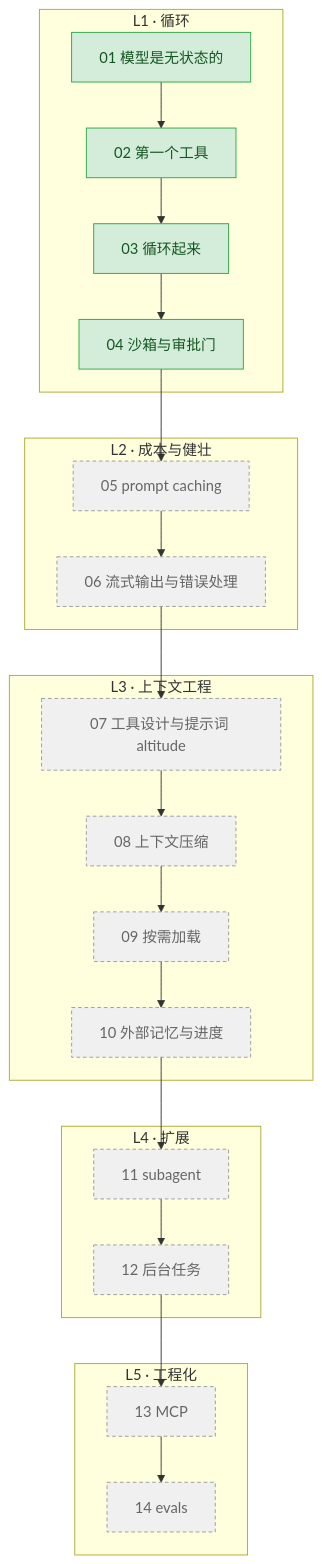
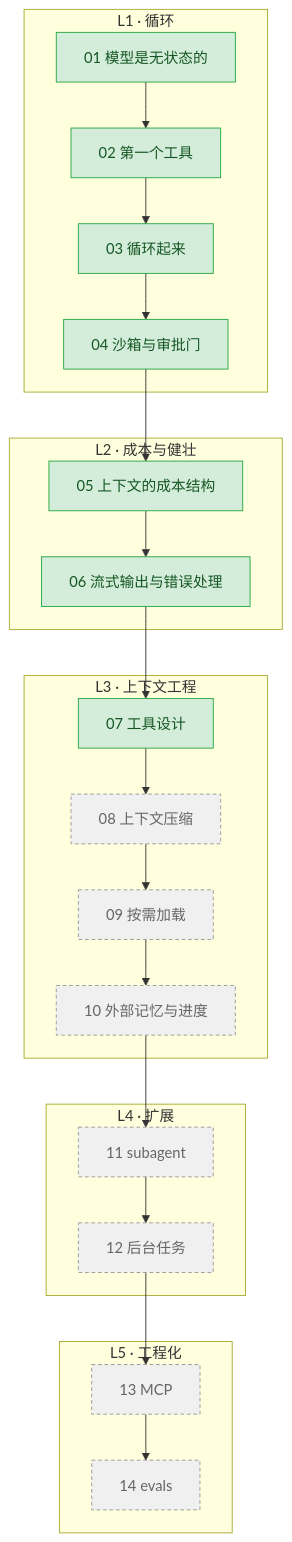
Before and after one commit to hongaah/Learn-agent: the diagram in README.md, drawn with Mermaid. The commit also changed other lines of this file and 18 other files, not shown here.

Commit message:
docs: 05-10 六课交付（成本结构/流式与错误/工具设计/压缩/按需加载/外部记忆）

````diff
--- a/README.md
+++ b/README.md
@@ -49,32 +49,32 @@
 ```mermaid
 flowchart TD
     subgraph L1["L1 · 循环"]
         C01["01 模型是无状态的"] --> C02["02 第一个工具"] --> C03["03 循环起来"] --> C04["04 沙箱与审批门"]
     end
 
     subgraph L2["L2 · 成本与健壮"]
-        C05["05 prompt caching"] --> C06["06 流式输出与错误处理"]
+        C05["05 上下文的成本结构"] --> C06["06 流式输出与错误处理"]
     end
 
     subgraph L3["L3 · 上下文工程"]
-        C07["07 工具设计与提示词 altitude"] --> C08["08 上下文压缩"] --> C09["09 按需加载"] --> C10["10 外部记忆与进度"]
+        C07["07 工具设计"] --> C08["08 上下文压缩"] --> C09["09 按需加载"] --> C10["10 外部记忆与进度"]
     end
 
     subgraph L4["L4 · 扩展"]
         C11["11 subagent"] --> C12["12 后台任务"]
     end
 
     subgraph L5["L5 · 工程化"]
         C13["13 MCP"] --> C14["14 evals"]
     end
 
     C04 --> C05
     C06 --> C07
     C10 --> C11
     C12 --> C13
 
     classDef done fill:#d4edda,stroke:#28a745,color:#155724;
     classDef planned fill:#f0f0f0,stroke:#999,color:#666,stroke-dasharray: 4 3;
-    class C01,C02,C03,C04 done;
-    class C05,C06,C07,C08,C09,C10,C11,C12,C13,C14 planned;
+    class C01,C02,C03,C04,C05,C06,C07 done;
+    class C08,C09,C10,C11,C12,C13,C14 planned;
 ```
````
